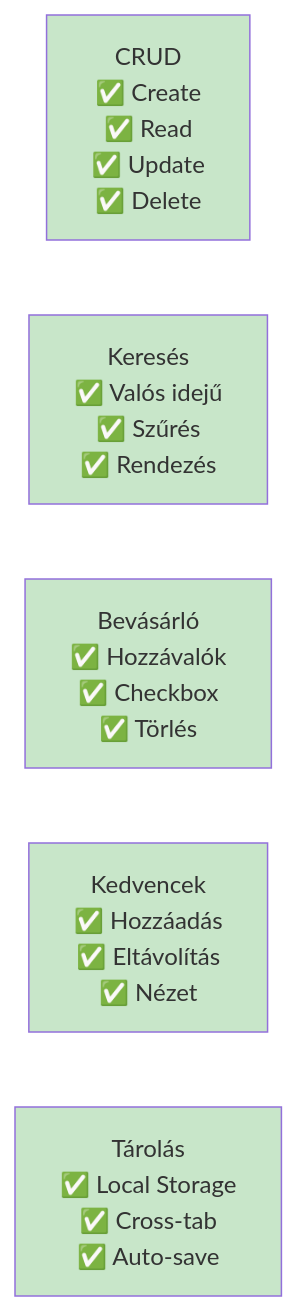
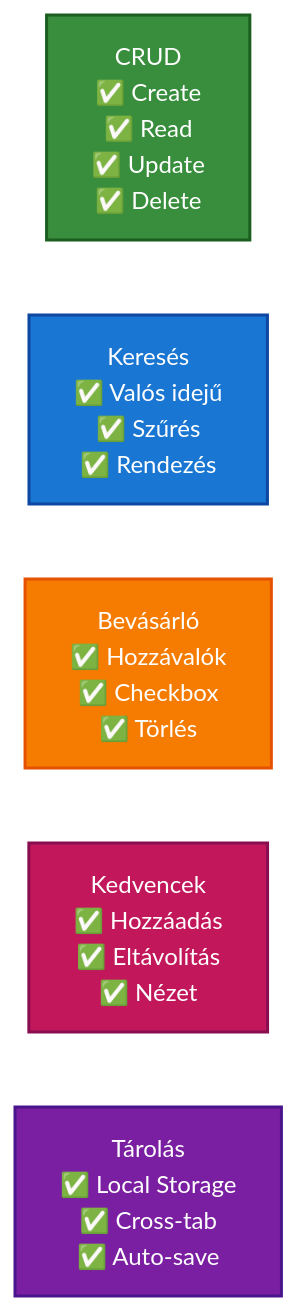
Diagram 12 of 15 in README.md (jajecnikmarci/kliensoldali-NHF), drawn with Mermaid before and after one commit. The commit also changed other lines of this file, not shown here.

````diff
--- a/README.md
+++ b/README.md
@@ -589,34 +591,34 @@
 ```mermaid
 flowchart LR
     CRUD["CRUD
     ✅ Create
     ✅ Read
     ✅ Update
     ✅ Delete"]
     
     Search["Keresés
     ✅ Valós idejű
     ✅ Szűrés
     ✅ Rendezés"]
     
     Shop["Bevásárló
     ✅ Hozzávalók
     ✅ Checkbox
     ✅ Törlés"]
     
     Fav["Kedvencek
     ✅ Hozzáadás
     ✅ Eltávolítás
     ✅ Nézet"]
     
     Persist["Tárolás
     ✅ Local Storage
     ✅ Cross-tab
     ✅ Auto-save"]
     
-    style CRUD fill:#c8e6c9
-    style Search fill:#c8e6c9
-    style Shop fill:#c8e6c9
-    style Fav fill:#c8e6c9
-    style Persist fill:#c8e6c9
+    style CRUD fill:#388e3c,stroke:#1b5e20,stroke-width:2px,color:#fff
+    style Search fill:#1976d2,stroke:#0d47a1,stroke-width:2px,color:#fff
+    style Shop fill:#f57c00,stroke:#e65100,stroke-width:2px,color:#fff
+    style Fav fill:#c2185b,stroke:#880e4f,stroke-width:2px,color:#fff
+    style Persist fill:#7b1fa2,stroke:#4a148c,stroke-width:2px,color:#fff
 ```
````
